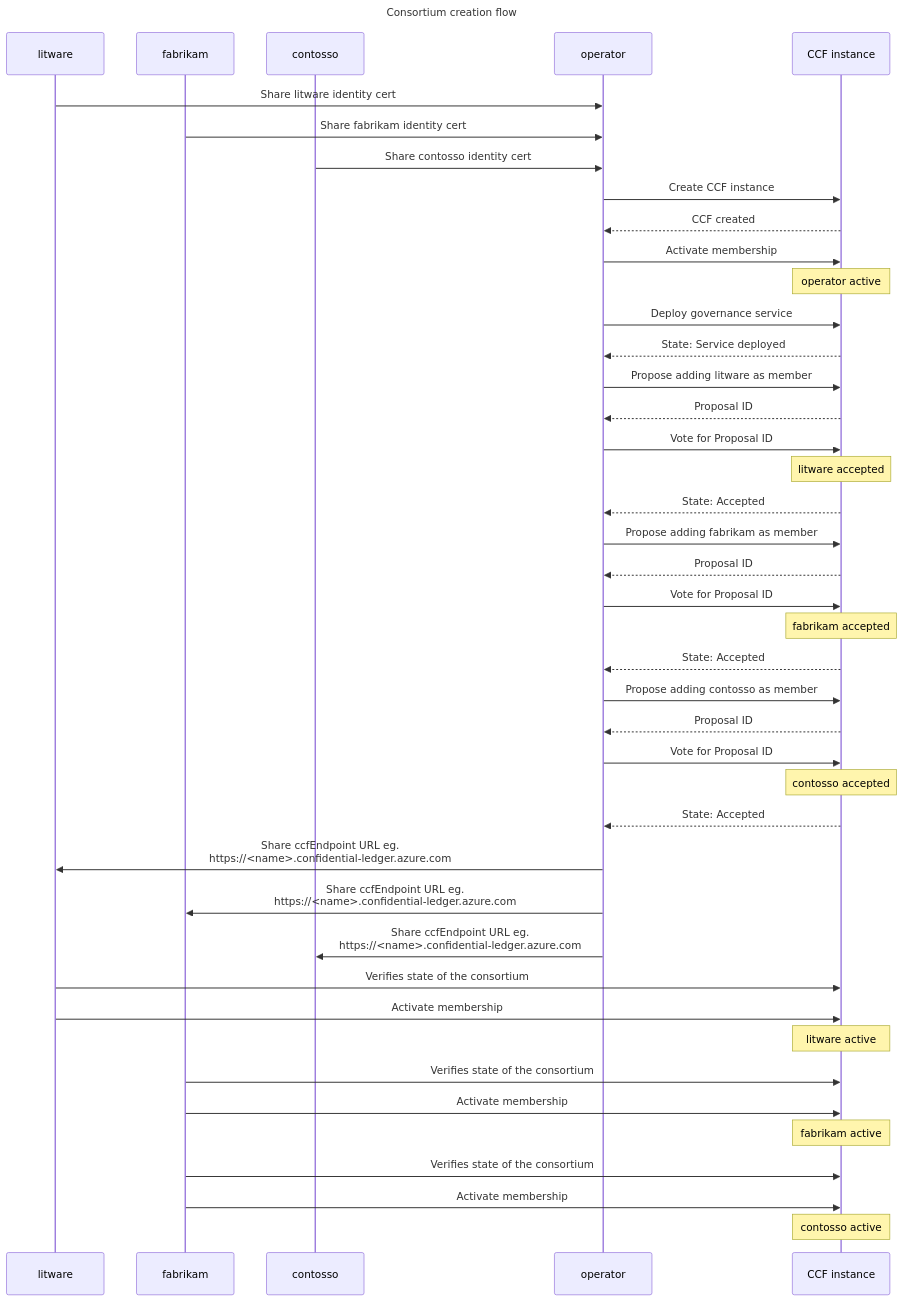
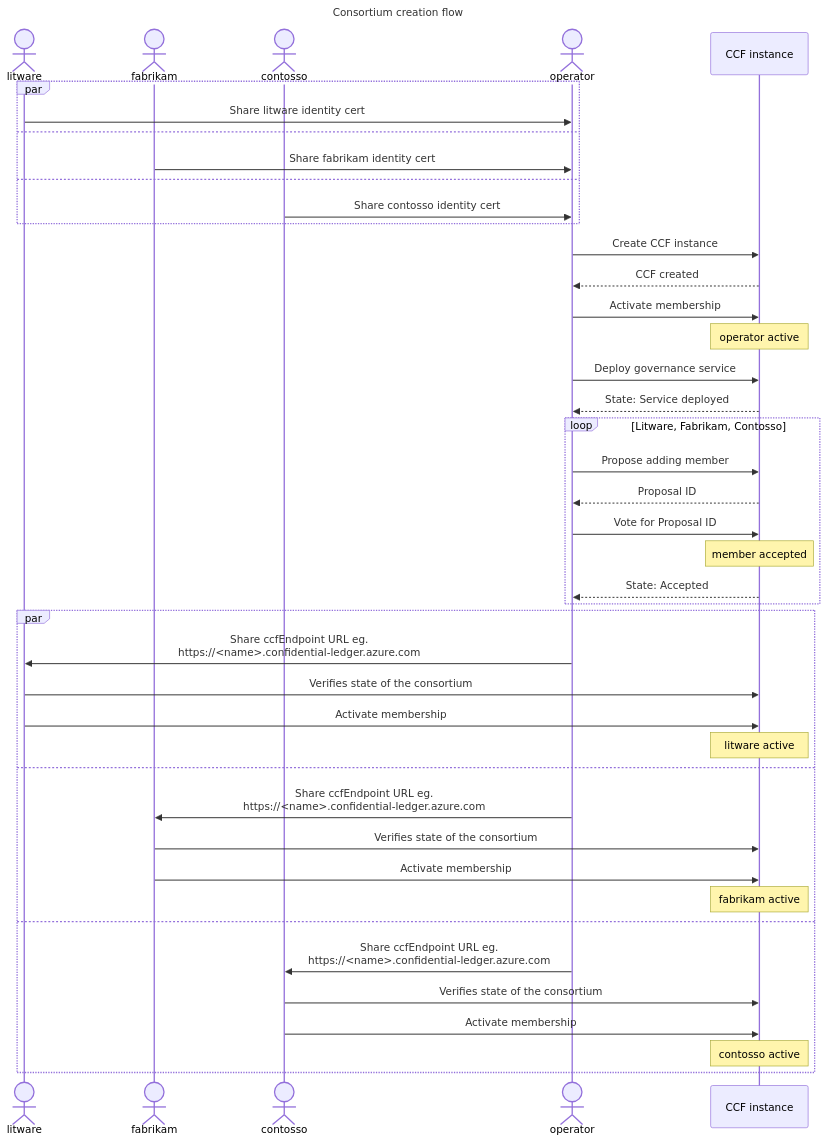
Before and after one commit to hprabh/azure-cleanroom-samples: the second of 5 diagrams in README.md, drawn with Mermaid. The commit also changed other lines of this file and 2 other files, not shown here.

Commit message:
Temp commit.

````diff
--- a/README.md
+++ b/README.md
@@ -255,46 +255,46 @@
 ```mermaid
 sequenceDiagram
     title Consortium creation flow
-    participant m0 as litware
-    participant m1 as fabrikam
-    participant m2 as contosso
-    participant mx as operator
+    actor m0 as litware
+    actor m1 as fabrikam
+    actor m2 as contosso
+    actor mx as operator
     participant CCF as CCF instance
 
-    m0->>mx: Share litware identity cert
-    m1->>mx: Share fabrikam identity cert
-    m2->>mx: Share contosso identity cert
+    par
+      m0->>mx: Share litware identity cert
+    and
+      m1->>mx: Share fabrikam identity cert
+    and
+      m2->>mx: Share contosso identity cert
+    end
     mx->>CCF: Create CCF instance
     CCF-->>mx: CCF created
     mx->>CCF: Activate membership
     Note over CCF: operator active
     mx->>CCF: Deploy governance service
     CCF-->>mx: State: Service deployed
-    mx->>CCF: Propose adding litware as member
-    CCF-->>mx: Proposal ID
-    mx->>CCF: Vote for Proposal ID
-    Note over CCF: litware accepted
-    CCF-->>mx: State: Accepted
-    mx->>CCF: Propose adding fabrikam as member
-    CCF-->>mx: Proposal ID
-    mx->>CCF: Vote for Proposal ID
-    Note over CCF: fabrikam accepted
-    CCF-->>mx: State: Accepted
-    mx->>CCF: Propose adding contosso as member
-    CCF-->>mx: Proposal ID
-    mx->>CCF: Vote for Proposal ID
-    Note over CCF: contosso accepted
-    CCF-->>mx: State: Accepted
-    mx->>m0: Share ccfEndpoint URL eg.<br>https://<name>.confidential-ledger.azure.com
-    mx->>m1: Share ccfEndpoint URL eg.<br>https://<name>.confidential-ledger.azure.com
-    mx->>m2: Share ccfEndpoint URL eg.<br>https://<name>.confidential-ledger.azure.com
-    m0->>CCF: Verifies state of the consortium
-    m0->>CCF: Activate membership
-    Note over CCF: litware active
-    m1->>CCF: Verifies state of the consortium
-    m1->>CCF: Activate membership
-    Note over CCF: fabrikam active
-    m1->>CCF: Verifies state of the consortium
-    m1->>CCF: Activate membership
-    Note over CCF: contosso active
+    loop Litware, Fabrikam, Contosso
+      mx->>CCF: Propose adding member
+      CCF-->>mx: Proposal ID
+      mx->>CCF: Vote for Proposal ID
+      Note over CCF: member accepted
+      CCF-->>mx: State: Accepted
+    end
+    par
+      mx->>m0: Share ccfEndpoint URL eg.<br>https://<name>.confidential-ledger.azure.com
+      m0->>CCF: Verifies state of the consortium
+      m0->>CCF: Activate membership
+      Note over CCF: litware active
+    and
+      mx->>m1: Share ccfEndpoint URL eg.<br>https://<name>.confidential-ledger.azure.com
+      m1->>CCF: Verifies state of the consortium
+      m1->>CCF: Activate membership
+      Note over CCF: fabrikam active
+    and
+      mx->>m2: Share ccfEndpoint URL eg.<br>https://<name>.confidential-ledger.azure.com
+      m2->>CCF: Verifies state of the consortium
+      m2->>CCF: Activate membership
+      Note over CCF: contosso active
+    end
 ```
````
